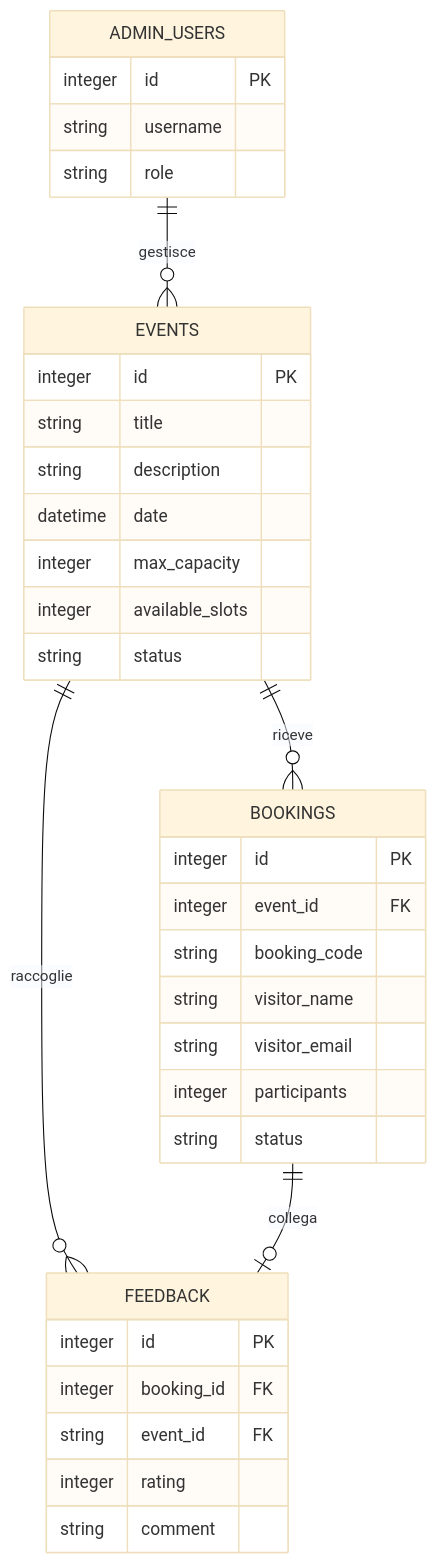
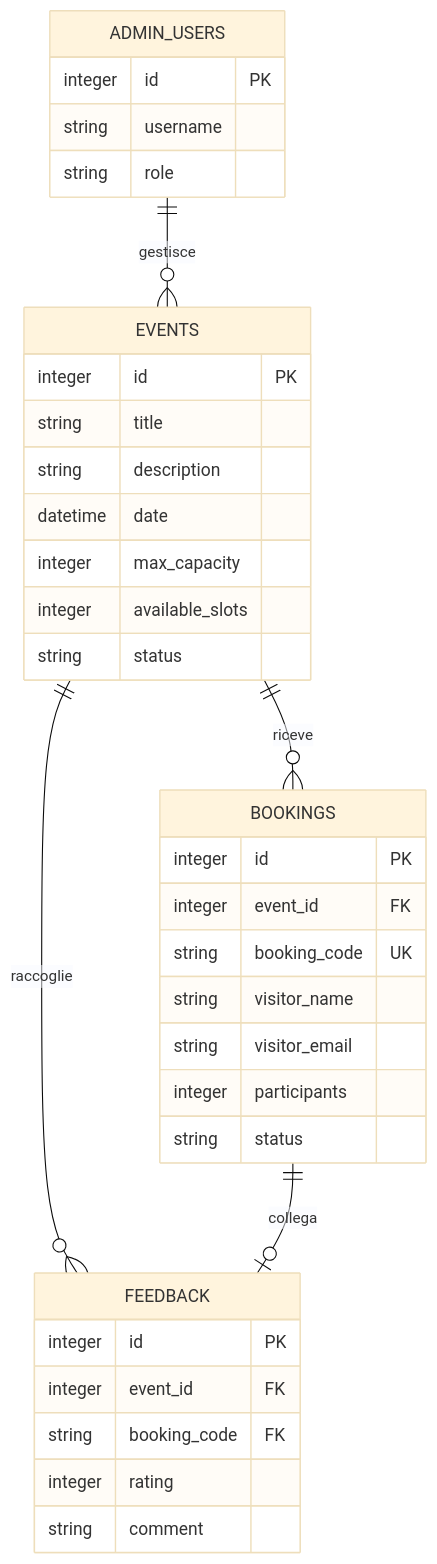
The diagram in docs/diagrams/modello-dati.md (RobertoCastelli/museo-hub), drawn with Mermaid (base theme) before and after one commit. The commit also changed 10 other files, not shown here.

Commit message:
Update docs/*.md & diagrams v.4

````diff
--- a/docs/diagrams/modello-dati.md
+++ b/docs/diagrams/modello-dati.md
@@ -8,41 +8,41 @@
 ```mermaid
 erDiagram
     EVENTS ||--o{ BOOKINGS : riceve
     EVENTS ||--o{ FEEDBACK : raccoglie
     BOOKINGS ||--o| FEEDBACK : collega
     ADMIN_USERS ||--o{ EVENTS : gestisce
 
     EVENTS {
         integer id PK
         string title
         string description
         datetime date
         integer max_capacity
         integer available_slots
         string status
     }
 
     BOOKINGS {
         integer id PK
         integer event_id FK
-        string booking_code
+        string booking_code UK
         string visitor_name
         string visitor_email
         integer participants
         string status
     }
 
     FEEDBACK {
         integer id PK
-        integer booking_id FK
-        string event_id FK
+        integer event_id FK
+        string booking_code FK
         integer rating
         string comment
     }
 
     ADMIN_USERS {
         integer id PK
         string username
         string role
     }
 ```
````
